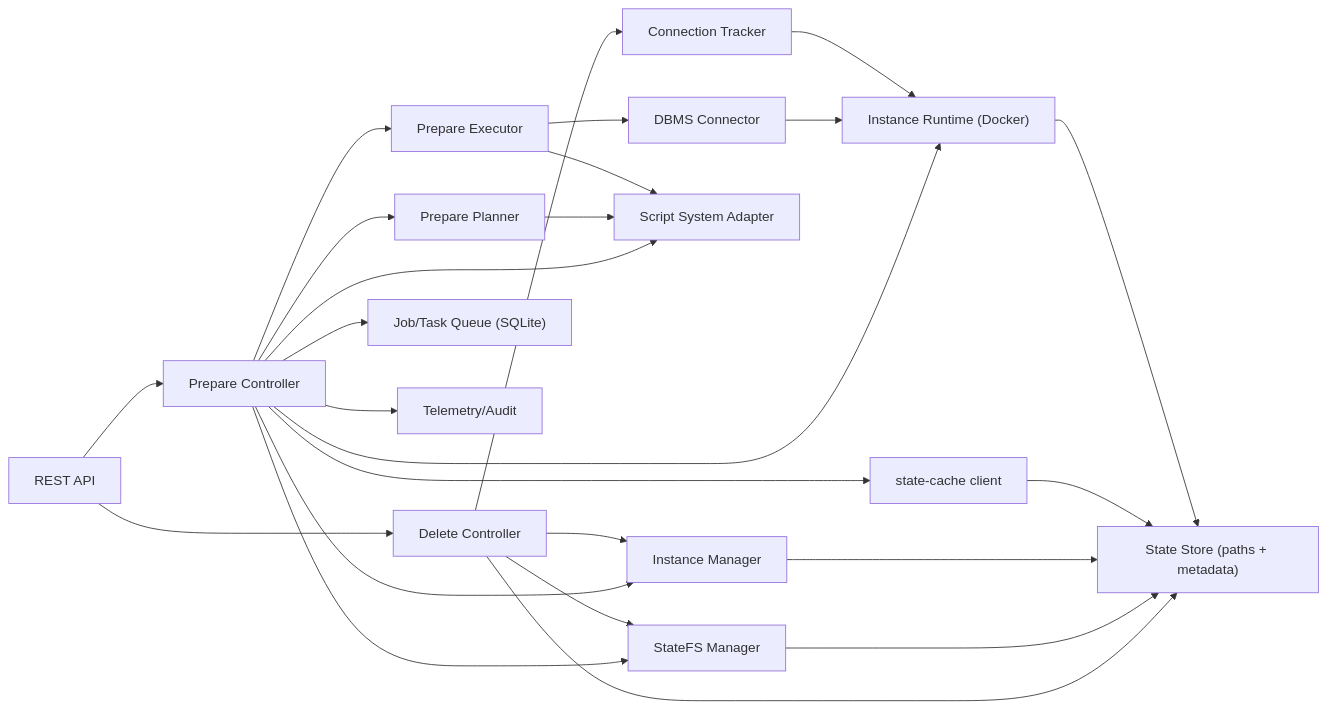
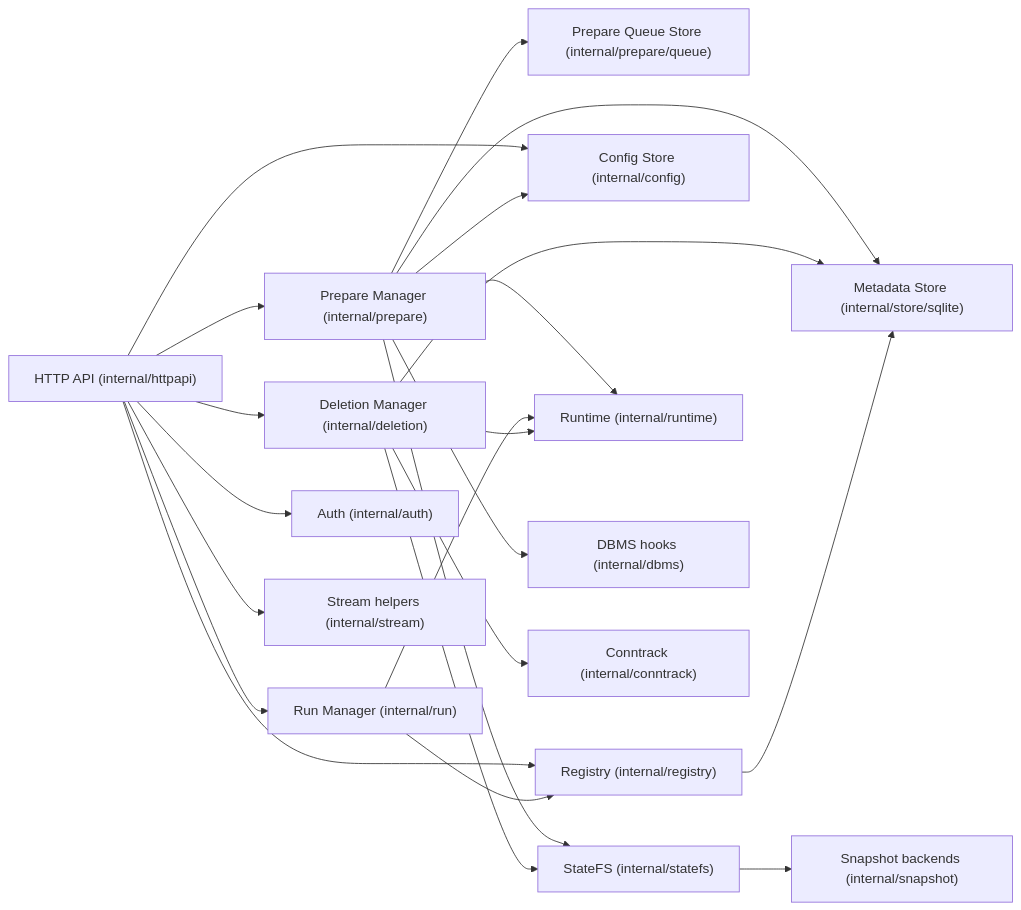
One commit to kimak-irmagi/taidon changed the first of 5 diagrams in docs/architecture/engine-internals.md. Above: the diagram before and after it, drawn with Mermaid. The commit also changed other lines of this file and 9 other files, not shown here.

````diff
--- a/docs/architecture/engine-internals.md
+++ b/docs/architecture/engine-internals.md
@@ -7,43 +7,44 @@
 ```mermaid
 flowchart LR
-  API["REST API"]
-  CTRL["Prepare Controller"]
-  DEL["Delete Controller"]
-  PLAN["Prepare Planner"]
-  EXEC["Prepare Executor"]
-  CACHE[state-cache client]
-  SNAP["StateFS Manager"]
-  QSTORE["Job/Task Queue (SQLite)"]
-  RUNTIME["Instance Runtime (Docker)"]
-  DBMS["DBMS Connector"]
-  ADAPTER["Script System Adapter"]
-  INST["Instance Manager"]
-  CONN["Connection Tracker"]
-  STORE["State Store (paths + metadata)"]
-  OBS[Telemetry/Audit]
+  API["HTTP API (internal/httpapi)"]
+  PREP["Prepare Manager (internal/prepare)"]
+  QUEUE["Prepare Queue Store (internal/prepare/queue)"]
+  RUN["Run Manager (internal/run)"]
+  DEL["Deletion Manager (internal/deletion)"]
+  REG["Registry (internal/registry)"]
+  CFG["Config Store (internal/config)"]
+  AUTH["Auth (internal/auth)"]
+  STREAM["Stream helpers (internal/stream)"]
+  STORE["Metadata Store (internal/store/sqlite)"]
+  STATEFS["StateFS (internal/statefs)"]
+  SNAPSHOT["Snapshot backends (internal/snapshot)"]
+  RT["Runtime (internal/runtime)"]
+  DBMS["DBMS hooks (internal/dbms)"]
+  CONN["Conntrack (internal/conntrack)"]
 
-  API --> CTRL
+  API --> AUTH
+  API --> PREP
+  API --> RUN
   API --> DEL
-  CTRL --> PLAN
-  CTRL --> EXEC
-  CTRL --> CACHE
-  CTRL --> SNAP
-  CTRL --> QSTORE
-  CTRL --> RUNTIME
-  CTRL --> ADAPTER
-  CTRL --> INST
-  CTRL --> OBS
-  DEL --> INST
-  DEL --> SNAP
+  API --> REG
+  API --> CFG
+  API --> STREAM
+
+  PREP --> QUEUE
+  PREP --> STORE
+  PREP --> STATEFS
+  PREP --> RT
+  PREP --> DBMS
+  PREP --> CFG
+
+  RUN --> REG
+  RUN --> RT
+
   DEL --> STORE
   DEL --> CONN
-  PLAN --> ADAPTER
-  EXEC --> ADAPTER
-  EXEC --> DBMS
-  DBMS --> RUNTIME
-  SNAP --> STORE
-  INST --> STORE
-  CACHE --> STORE
-  RUNTIME --> STORE
-  CONN --> RUNTIME
+  DEL --> RT
+  DEL --> STATEFS
+
+  REG --> STORE
+  STATEFS --> SNAPSHOT
 ```
````
